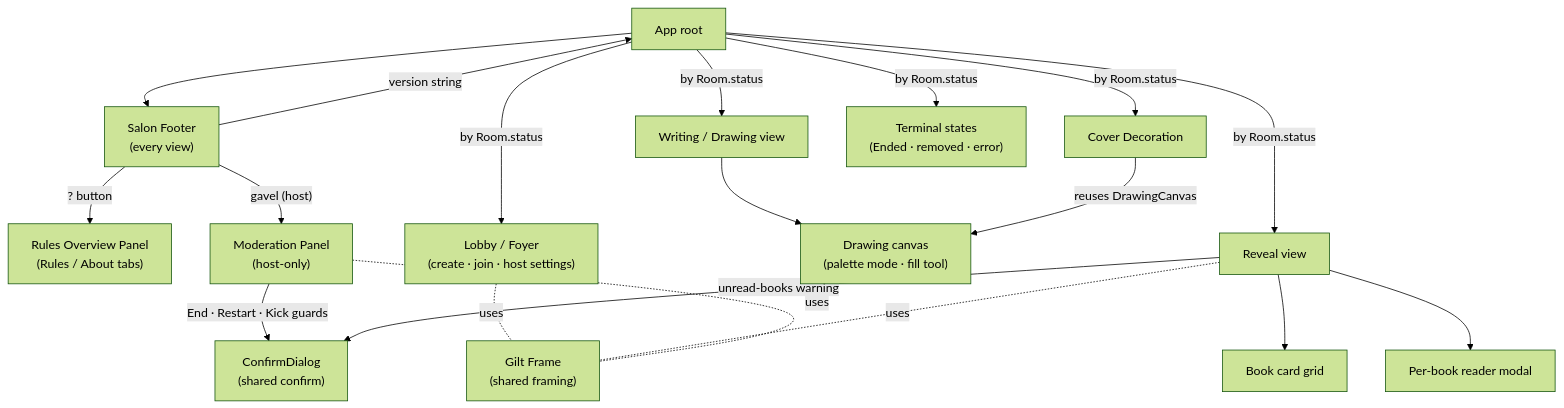
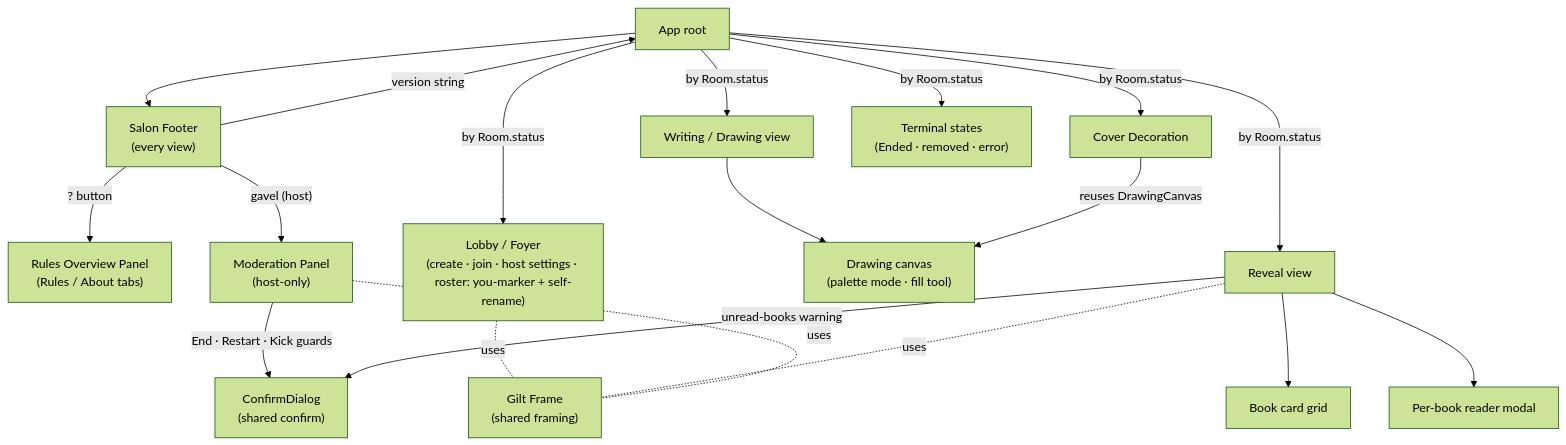
One commit to moui72/exquisite-telephone changed the third of 3 diagrams in README.md. Above: the diagram before and after it, drawn with Mermaid (forest theme). The commit also changed other lines of this file and 2 other files, not shown here.

Commit message:
docs: regenerate datamodel + ui diagrams (fractional timer, lobby self-rename)

````diff
--- a/README.md
+++ b/README.md
@@ -254,36 +254,36 @@
 ```mermaid
 graph TD
   App["App root"]
   Footer["Salon Footer<br/>(every view)"]
   Rules["Rules Overview Panel<br/>(Rules / About tabs)"]
   Mod["Moderation Panel<br/>(host-only)"]
   Confirm["ConfirmDialog<br/>(shared confirm)"]
-  Lobby["Lobby / Foyer<br/>(create · join · host settings)"]
+  Lobby["Lobby / Foyer<br/>(create · join · host settings · roster: you-marker + self-rename)"]
   WD["Writing / Drawing view"]
   Canvas["Drawing canvas<br/>(palette mode · fill tool)"]
   Cover["Cover Decoration"]
   Reveal["Reveal view"]
   Grid["Book card grid"]
   Reader["Per-book reader modal"]
   States["Terminal states<br/>(Ended · removed · error)"]
   Gilt["Gilt Frame<br/>(shared framing)"]
 
   App --> Footer
   App -->|"by Room.status"| Lobby
   App -->|"by Room.status"| WD
   App -->|"by Room.status"| Cover
   App -->|"by Room.status"| Reveal
   App -->|"by Room.status"| States
   Footer -->|"version string"| App
   Footer -->|"? button"| Rules
   Footer -->|"gavel (host)"| Mod
   Mod -->|"End · Restart · Kick guards"| Confirm
   WD --> Canvas
   Cover -->|"reuses DrawingCanvas"| Canvas
   Reveal --> Grid
   Reveal --> Reader
   Reveal -->|"unread-books warning"| Confirm
   Lobby -. uses .- Gilt
   Reveal -. uses .- Gilt
   Mod -. uses .- Gilt
 ```
````
